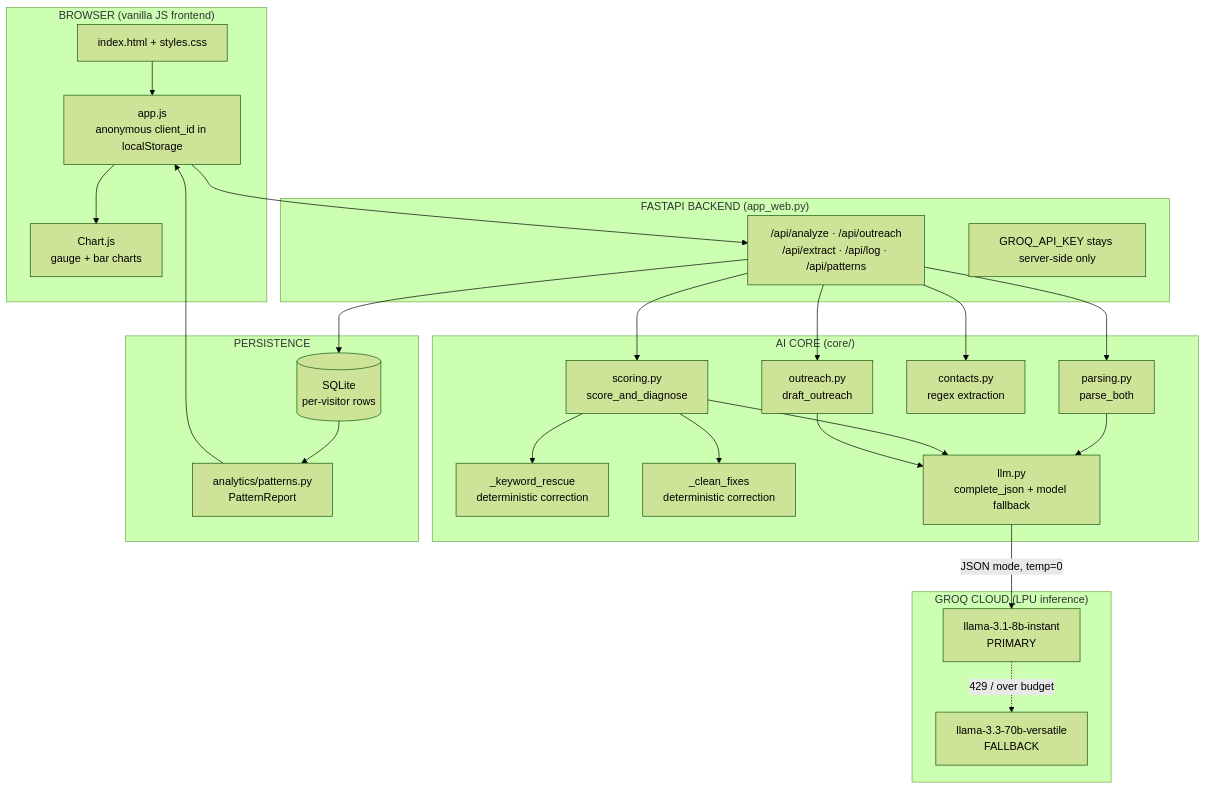
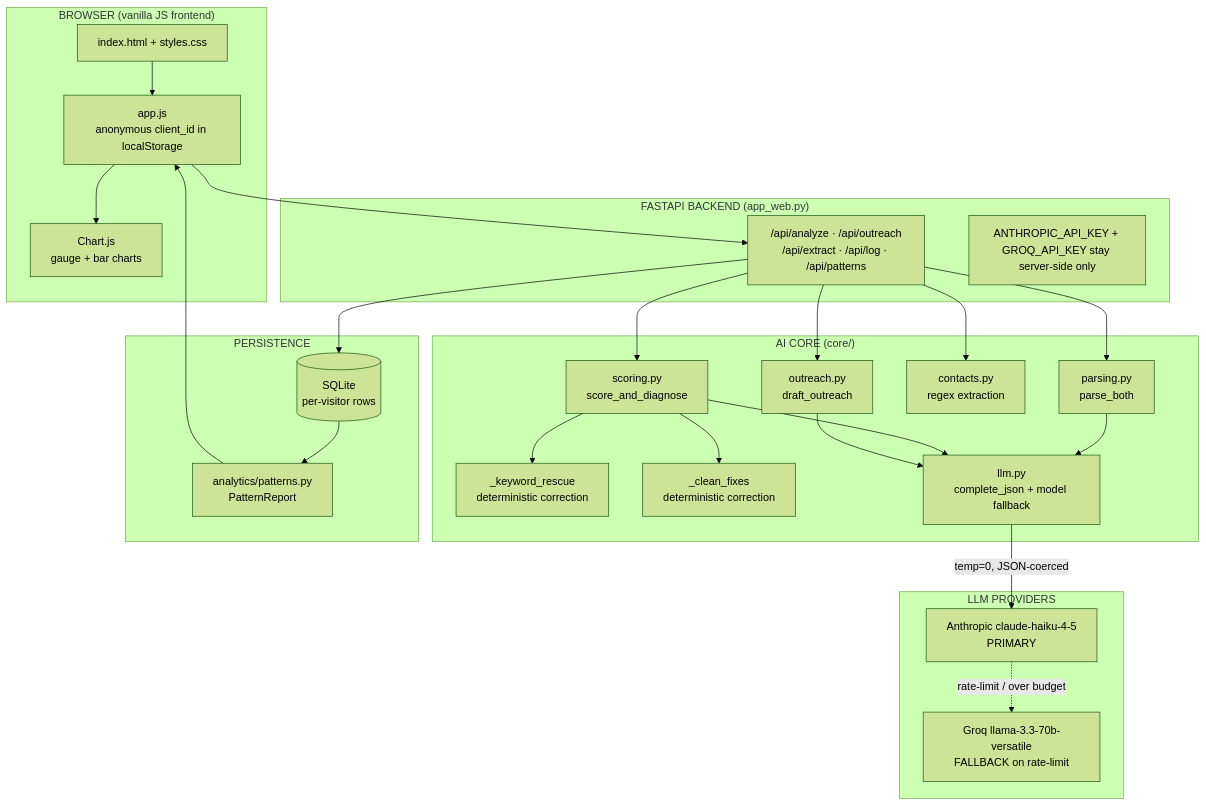
One commit to shahdab089/hirelens changed the diagram in docs/HIRELENS_TECHNICAL_DEEP_DIVE.md. Above: the diagram before and after it, drawn with Mermaid (forest theme). The commit also changed other lines of this file and 3 other files, not shown here.

First line of the commit message:
docs: align README + architecture/deep-dive with Anthropic-primary pipeline

````diff
--- a/docs/HIRELENS_TECHNICAL_DEEP_DIVE.md
+++ b/docs/HIRELENS_TECHNICAL_DEEP_DIVE.md
@@ -27,45 +27,45 @@
 ```mermaid
 flowchart TD
     subgraph Client["BROWSER (vanilla JS frontend)"]
         UI[index.html + styles.css]
         JS[app.js<br/>anonymous client_id in localStorage]
         CH[Chart.js<br/>gauge + bar charts]
     end
 
     subgraph Server["FASTAPI BACKEND (app_web.py)"]
         API["/api/analyze · /api/outreach<br/>/api/extract · /api/log · /api/patterns"]
-        KEY[GROQ_API_KEY stays server-side only]
+        KEY[ANTHROPIC_API_KEY + GROQ_API_KEY stay server-side only]
     end
 
     subgraph Core["AI CORE (core/)"]
         P[parsing.py<br/>parse_both]
         S[scoring.py<br/>score_and_diagnose]
         G1[_keyword_rescue<br/>deterministic correction]
         G2[_clean_fixes<br/>deterministic correction]
         C[contacts.py<br/>regex extraction]
         O[outreach.py<br/>draft_outreach]
         L[llm.py<br/>complete_json + model fallback]
     end
 
-    subgraph LLM["GROQ CLOUD (LPU inference)"]
-        M1[llama-3.1-8b-instant<br/>PRIMARY]
-        M2[llama-3.3-70b-versatile<br/>FALLBACK]
+    subgraph LLM["LLM PROVIDERS"]
+        M1[Anthropic claude-haiku-4-5<br/>PRIMARY]
+        M2[Groq llama-3.3-70b-versatile<br/>FALLBACK on rate-limit]
     end
 
     subgraph Data["PERSISTENCE"]
         DB[(SQLite<br/>per-visitor rows)]
         AN[analytics/patterns.py<br/>PatternReport]
     end
 
     UI --> JS --> API
     API --> P --> L
     API --> S --> L
     S --> G1
     S --> G2
     API --> C
     API --> O --> L
-    L -->|JSON mode, temp=0| M1
-    M1 -.->|429 / over budget| M2
+    L -->|temp=0, JSON-coerced| M1
+    M1 -.->|rate-limit / over budget| M2
     API --> DB --> AN --> JS
     JS --> CH
 ```
````
